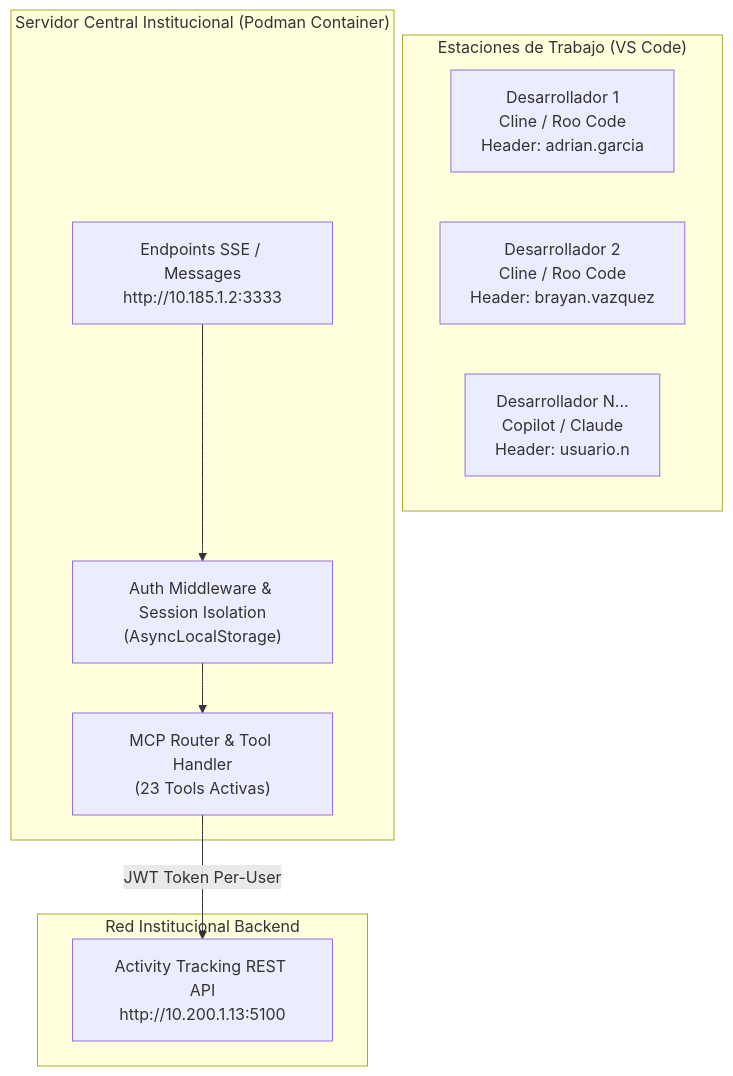
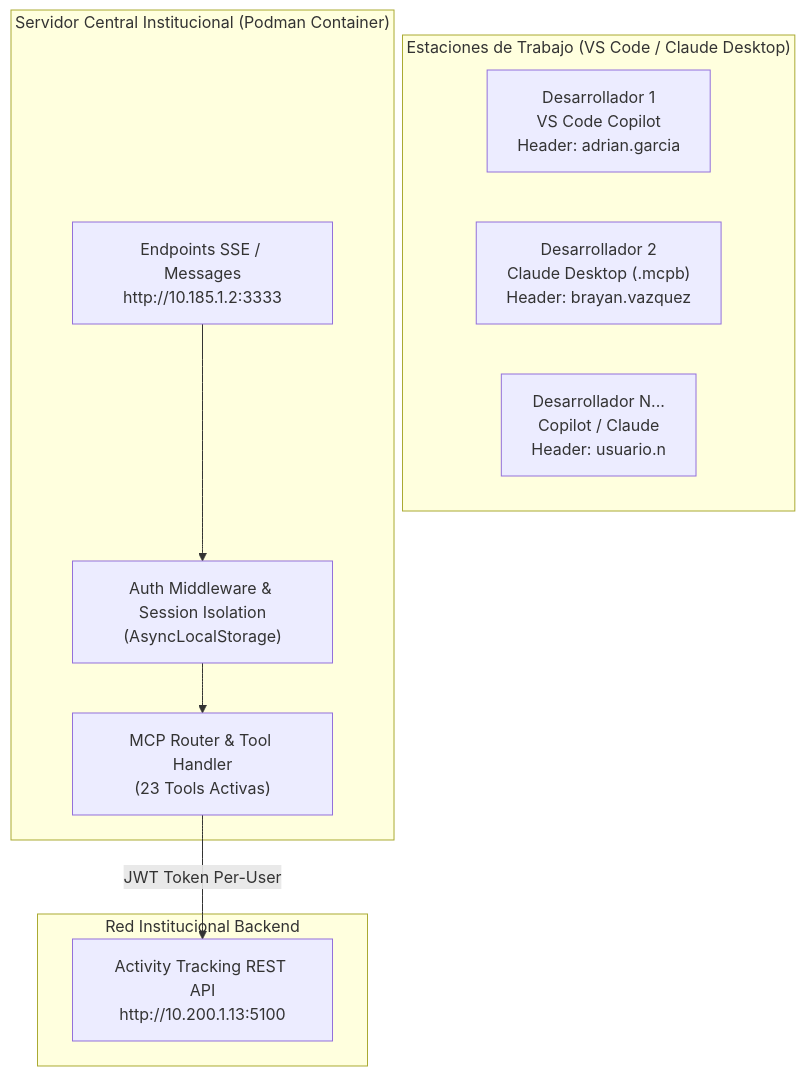
The diagram in README.md (BasherMX/MCP_ActivityTracking), drawn with Mermaid before and after one commit. The commit also changed other lines of this file and 4 other files, not shown here.

````diff
--- a/README.md
+++ b/README.md
@@ -11,22 +11,22 @@
 ```mermaid
 graph TD
-    subgraph "Estaciones de Trabajo (VS Code)"
-        UserA["Desarrollador 1<br/>Cline / Roo Code<br/>Header: adrian.garcia"]
-        UserB["Desarrollador 2<br/>Cline / Roo Code<br/>Header: brayan.vazquez"]
+    subgraph "Estaciones de Trabajo (VS Code / Claude Desktop)"
+        UserA["Desarrollador 1<br/>VS Code Copilot<br/>Header: adrian.garcia"]
+        UserB["Desarrollador 2<br/>Claude Desktop (.mcpb)<br/>Header: brayan.vazquez"]
         UserN["Desarrollador N...<br/>Copilot / Claude<br/>Header: usuario.n"]
     end
 
     subgraph "Servidor Central Institucional (Podman Container)"
         SSE["Endpoints SSE / Messages<br/>http://10.185.1.2:3333"]
         Middleware["Auth Middleware & Session Isolation<br/>(AsyncLocalStorage)"]
         Dispatcher["MCP Router & Tool Handler<br/>(23 Tools Activas)"]
 
         SSE --> Middleware
         Middleware --> Dispatcher
     end
 
     subgraph "Red Institucional Backend"
         API["Activity Tracking REST API<br/>http://10.200.1.13:5100"]
         Dispatcher -->|JWT Token Per-User| API
     end
 ```
````
